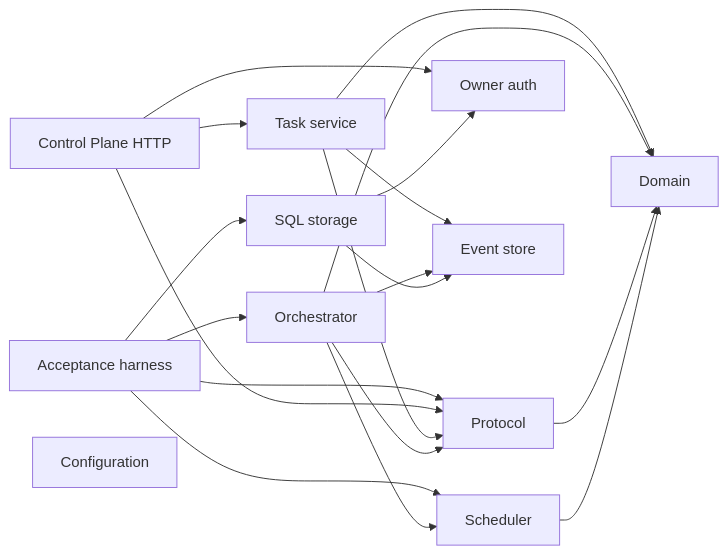
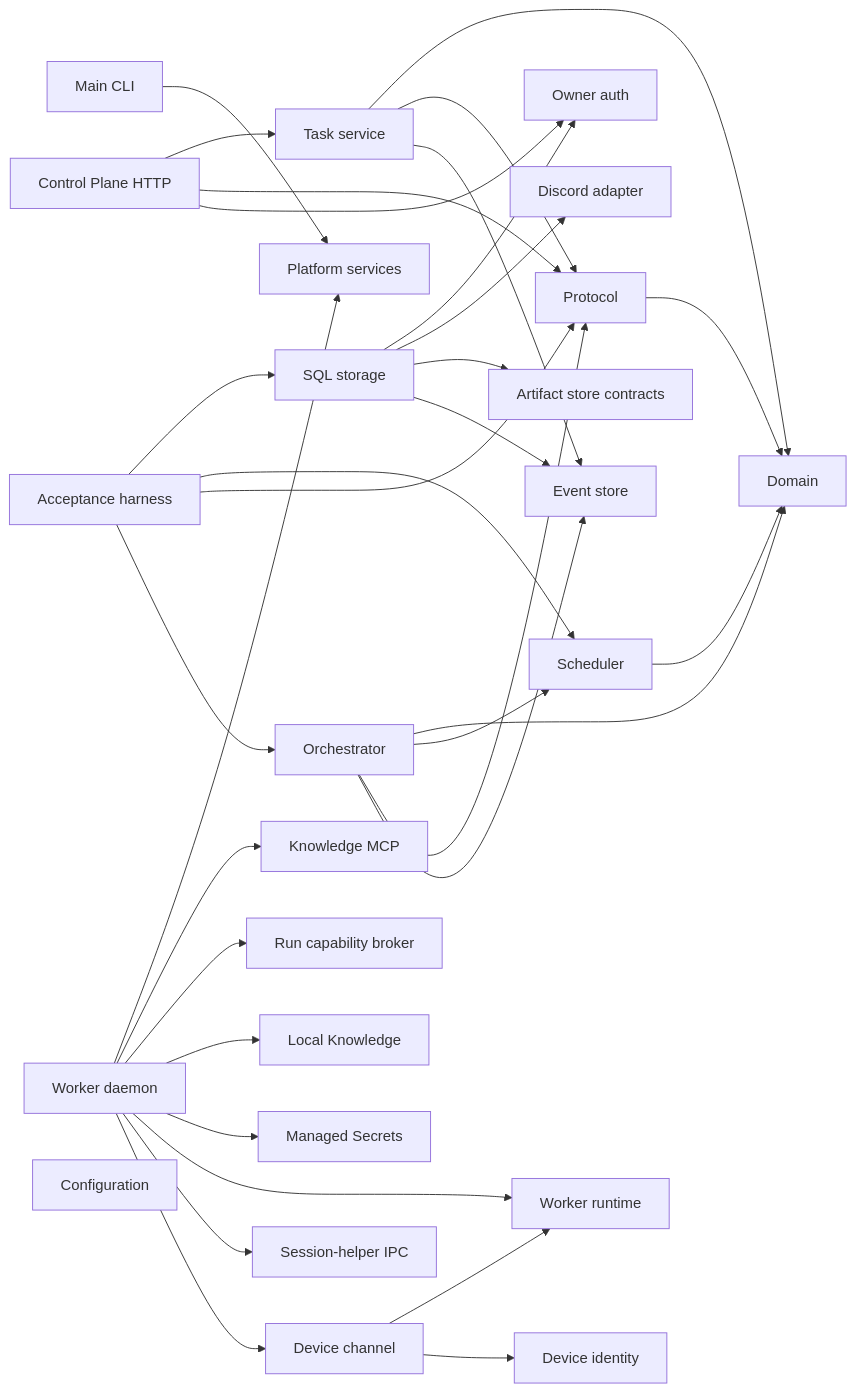
The diagram in docs/adr/0003-phase-zero-module-map.md (jugol/OpenDelegate), drawn with Mermaid before and after one commit. The commit also changed other lines of this file and 653 other files, not shown here.

````diff
--- a/docs/adr/0003-phase-zero-module-map.md
+++ b/docs/adr/0003-phase-zero-module-map.md
@@ -74,22 +132,35 @@
 ```mermaid
 flowchart LR
     acceptance["Acceptance harness"] --> orchestrator["Orchestrator"]
     acceptance --> protocol["Protocol"]
     acceptance --> scheduler["Scheduler"]
     acceptance --> storageSql["SQL storage"]
     controlPlane["Control Plane HTTP"] --> ownerAuth["Owner auth"]
     controlPlane --> protocol
     controlPlane --> taskService["Task service"]
+    main["Main CLI"] --> platformServices["Platform services"]
+    worker["Worker daemon"] --> deviceChannel["Device channel"]
+    worker --> sessionHelperIpc["Session-helper IPC"]
+    worker --> workerRuntime["Worker runtime"]
+    worker --> secrets["Managed Secrets"]
+    worker --> knowledge["Local Knowledge"]
+    worker --> runCapabilityBroker["Run capability broker"]
+    worker --> knowledgeMcp["Knowledge MCP"]
+    worker --> platformServices
+    deviceChannel --> deviceIdentity["Device identity"]
+    deviceChannel --> workerRuntime
     taskService --> eventStore
     taskService --> protocol
     taskService --> domain
     orchestrator --> eventStore["Event store"]
     orchestrator --> protocol
     orchestrator --> scheduler
     orchestrator --> domain["Domain"]
     storageSql["SQL storage"] --> eventStore
+    storageSql --> artifactStore["Artifact store contracts"]
+    storageSql --> discordAdapter["Discord adapter"]
     storageSql --> ownerAuth
     protocol --> domain
     scheduler --> domain
     configuration["Configuration"]
 ```
````
